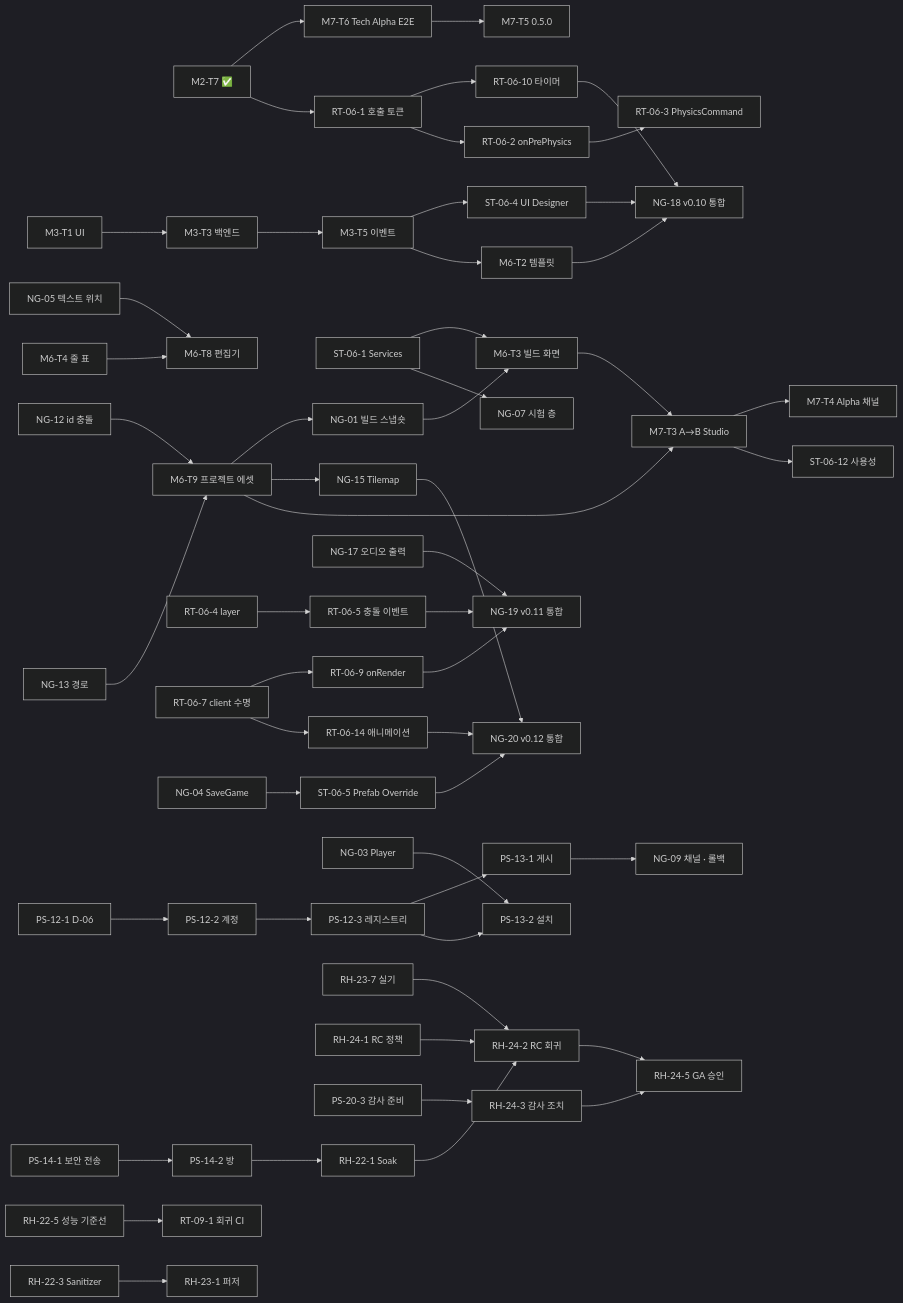
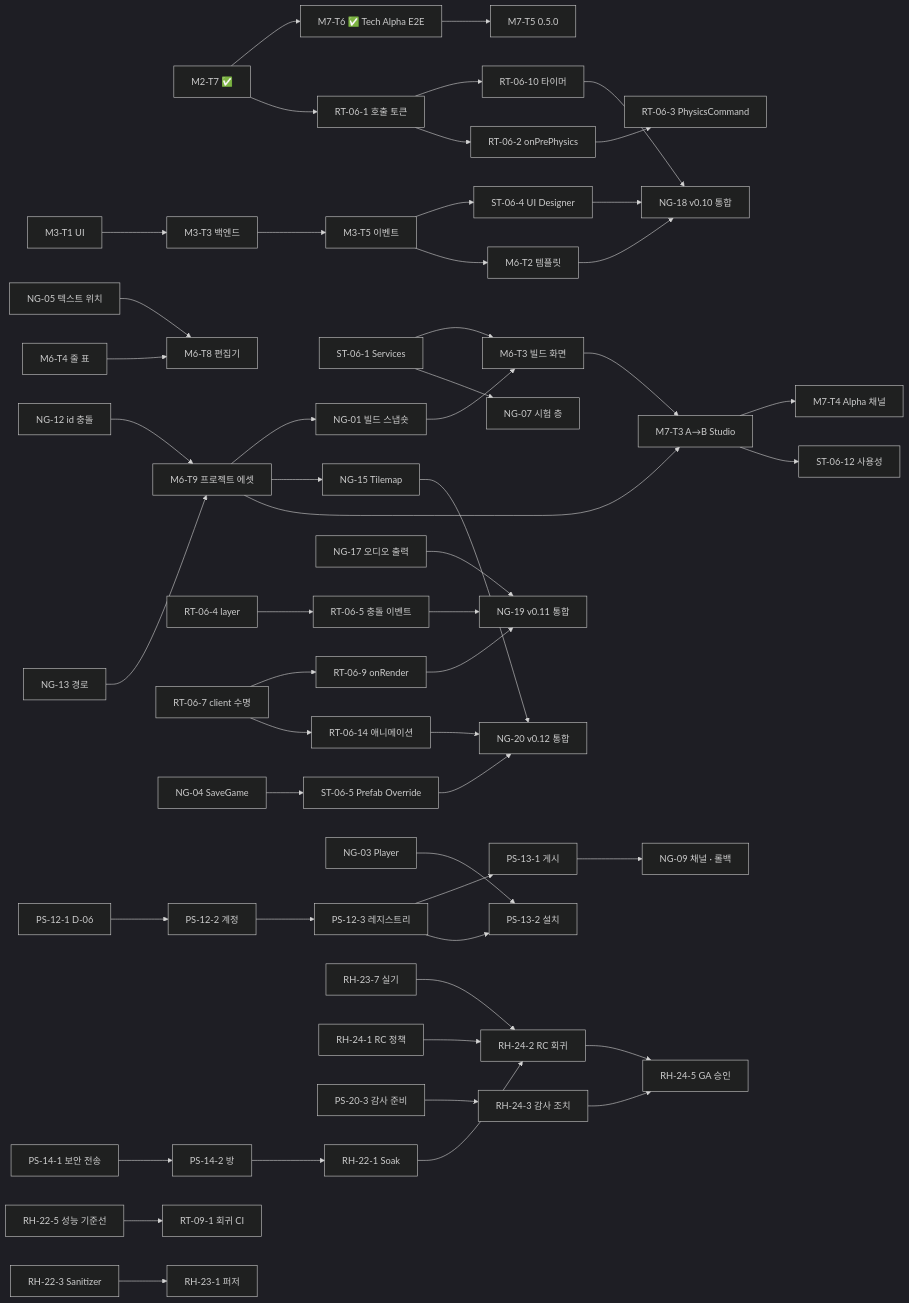
Before and after one commit to blackvrice/Sandbox: the diagram in docs/roadmap/README.md, drawn with Mermaid (dark theme). The commit also changed other lines of this file and 15 other files, not shown here.

First line of the commit message:
core · tools · tests · docs: Technical Alpha A → B E2E (CTest tech_alpha_e2e) · 패키지 검사에서 P6 끔 (v0.5 M7-T6)

````diff
--- a/docs/roadmap/README.md
+++ b/docs/roadmap/README.md
@@ -59,36 +59,36 @@
 ```mermaid
 graph LR
-  M2T7[M2-T7 ✅] --> M7T6[M7-T6 Tech Alpha E2E] --> M7T5[M7-T5 0.5.0]
+  M2T7[M2-T7 ✅] --> M7T6[M7-T6 ✅ Tech Alpha E2E] --> M7T5[M7-T5 0.5.0]
   NG12[NG-12 id 충돌] --> M6T9[M6-T9 프로젝트 에셋]
   NG13[NG-13 경로] --> M6T9
   M6T9 --> NG01[NG-01 빌드 스냅숏] --> M6T3[M6-T3 빌드 화면]
   M3T1[M3-T1 UI] --> M3T3[M3-T3 백엔드] --> M3T5[M3-T5 이벤트]
   ST061[ST-06-1 Services] --> M6T3
   ST061 --> NG07[NG-07 시험 층]
   NG05[NG-05 텍스트 위치] --> M6T8[M6-T8 편집기]
   M6T4[M6-T4 줄 표] --> M6T8
   M3T5 --> ST064[ST-06-4 UI Designer] --> NG18[NG-18 v0.10 통합]
   M3T5 --> M6T2[M6-T2 템플릿] --> NG18
   M2T7 --> RT061[RT-06-1 호출 토큰] --> RT0610[RT-06-10 타이머] --> NG18
   RT061 --> RT062[RT-06-2 onPrePhysics] --> RT063[RT-06-3 PhysicsCommand]
   RT064[RT-06-4 layer] --> RT065[RT-06-5 충돌 이벤트] --> NG19[NG-19 v0.11 통합]
   RT067[RT-06-7 client 수명] --> RT069[RT-06-9 onRender] --> NG19
   NG17[NG-17 오디오 출력] --> NG19
   NG04[NG-04 SaveGame] --> ST065[ST-06-5 Prefab Override] --> NG20[NG-20 v0.12 통합]
   M6T9 --> NG15[NG-15 Tilemap] --> NG20
   RT067 --> RT0614[RT-06-14 애니메이션] --> NG20
   M6T3 --> M7T3[M7-T3 A→B Studio]
   M6T9 --> M7T3 --> M7T4[M7-T4 Alpha 채널]
   M7T3 --> ST0612[ST-06-12 사용성]
   PS121[PS-12-1 D-06] --> PS122[PS-12-2 계정] --> PS123[PS-12-3 레지스트리] --> PS131[PS-13-1 게시]
   NG03[NG-03 Player] --> PS132[PS-13-2 설치]
   PS123 --> PS132
   PS131 --> NG09[NG-09 채널 · 롤백]
   PS141[PS-14-1 보안 전송] --> PS142[PS-14-2 방] --> RH221[RH-22-1 Soak]
   RH225[RH-22-5 성능 기준선] --> RT091[RT-09-1 회귀 CI]
   RH223[RH-22-3 Sanitizer] --> RH231[RH-23-1 퍼저]
   RH221 --> RH242[RH-24-2 RC 회귀]
   RH237[RH-23-7 실기] --> RH242
   RH241[RH-24-1 RC 정책] --> RH242 --> RH245[RH-24-5 GA 승인]
   PS203[PS-20-3 감사 준비] --> RH243[RH-24-3 감사 조치] --> RH245
 ```
````
